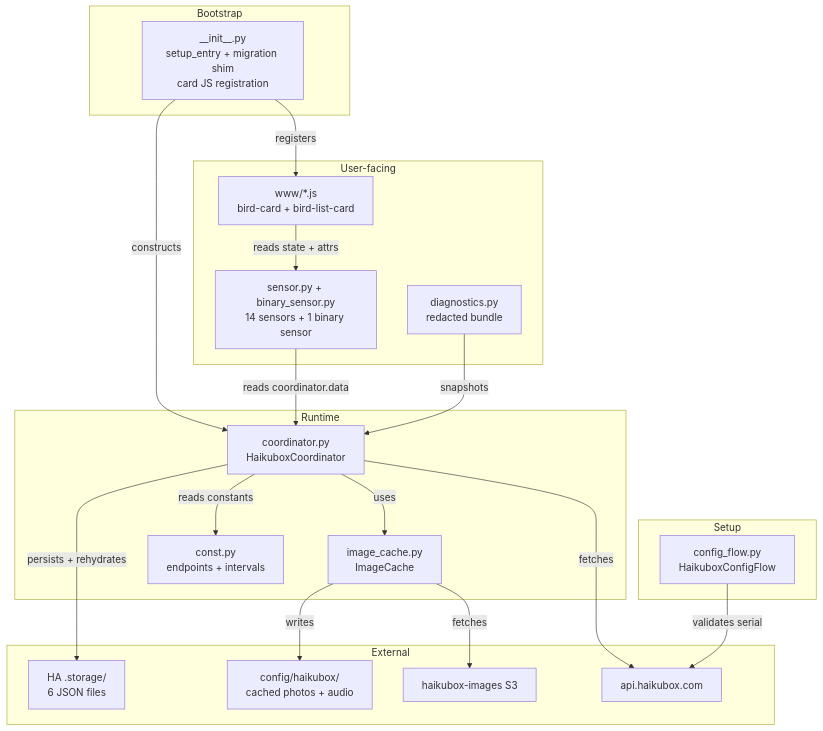
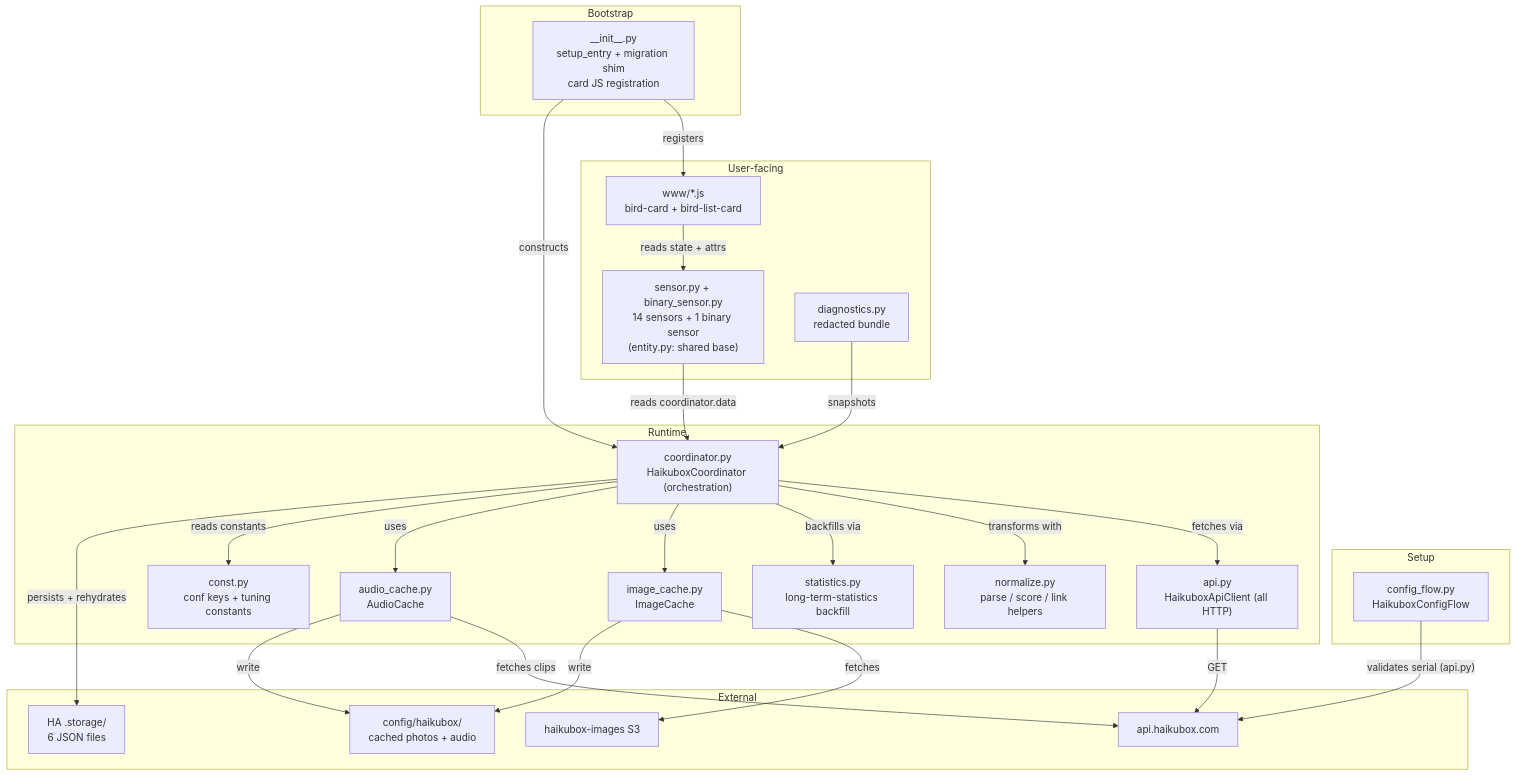
Before and after one commit to eklundjon/ha-haikubox: the first of 3 diagrams in docs/architecture.md, drawn with Mermaid. The commit also changed other lines of this file and 3 other files, not shown here.

First line of the commit message:
docs: reconcile architecture/api/troubleshooting with refactored code

````diff
--- a/docs/architecture.md
+++ b/docs/architecture.md
@@ -9,42 +9,51 @@
 ```mermaid
 graph TB
     subgraph Setup
         ConfigFlow["config_flow.py<br/>HaikuboxConfigFlow"]
     end
 
     subgraph Bootstrap
         InitMod["__init__.py<br/>setup_entry + migration shim<br/>card JS registration"]
     end
 
     subgraph Runtime
-        Coord["coordinator.py<br/>HaikuboxCoordinator"]
+        Coord["coordinator.py<br/>HaikuboxCoordinator (orchestration)"]
+        Api["api.py<br/>HaikuboxApiClient (all HTTP)"]
+        Normalize["normalize.py<br/>parse / score / link helpers"]
+        Stats["statistics.py<br/>long-term-statistics backfill"]
         Images["image_cache.py<br/>ImageCache"]
-        Const["const.py<br/>endpoints + intervals"]
+        Audio["audio_cache.py<br/>AudioCache"]
+        Const["const.py<br/>conf keys + tuning constants"]
     end
 
     subgraph User-facing
-        Sensors["sensor.py + binary_sensor.py<br/>14 sensors + 1 binary sensor"]
+        Sensors["sensor.py + binary_sensor.py<br/>14 sensors + 1 binary sensor<br/>(entity.py: shared base)"]
         Cards["www/*.js<br/>bird-card + bird-list-card"]
         Diag["diagnostics.py<br/>redacted bundle"]
     end
 
     subgraph External
         API["api.haikubox.com"]
         S3["haikubox-images S3"]
         HAStore["HA .storage/<br/>6 JSON files"]
         WWW["config/haikubox/<br/>cached photos + audio"]
     end
 
-    ConfigFlow -- "validates serial" --> API
+    ConfigFlow -- "validates serial (api.py)" --> API
     InitMod -- "registers" --> Cards
     InitMod -- "constructs" --> Coord
-    Coord -- "fetches" --> API
+    Coord -- "fetches via" --> Api
+    Coord -- "transforms with" --> Normalize
+    Coord -- "backfills via" --> Stats
     Coord -- "uses" --> Images
+    Coord -- "uses" --> Audio
     Coord -- "reads constants" --> Const
     Coord -- "persists + rehydrates" --> HAStore
+    Api -- "GET" --> API
     Images -- "fetches" --> S3
-    Images -- "writes" --> WWW
+    Audio -- "fetches clips" --> API
+    Images & Audio -- "write" --> WWW
     Sensors -- "reads coordinator.data" --> Coord
     Cards -- "reads state + attrs" --> Sensors
     Diag -- "snapshots" --> Coord
 ```
````
